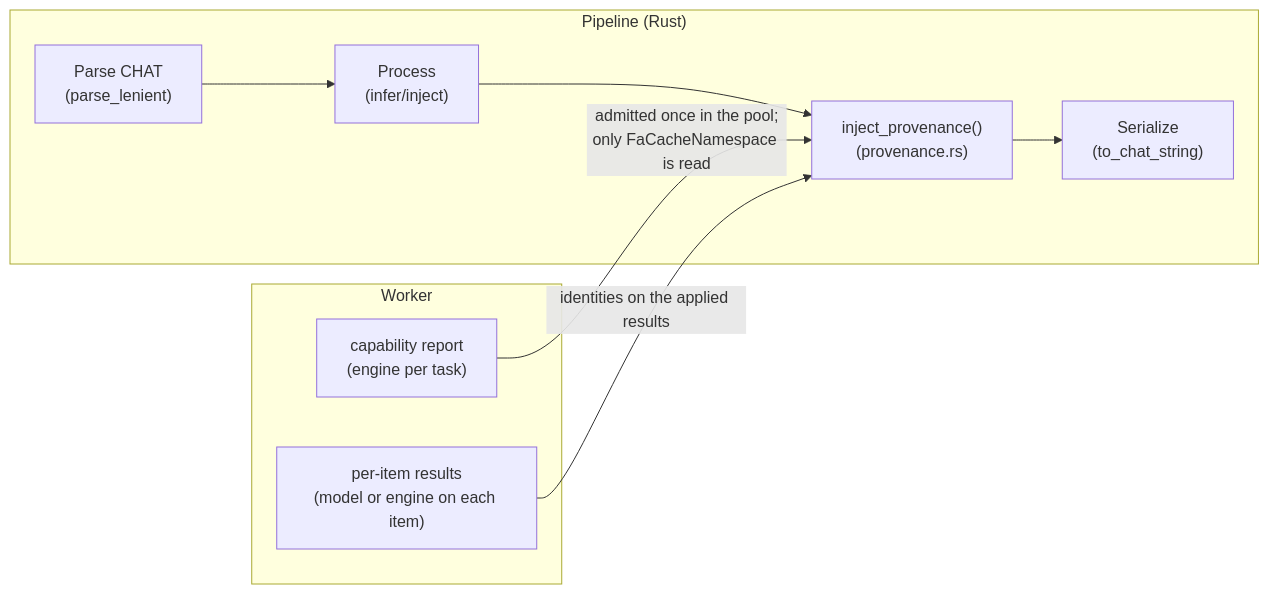
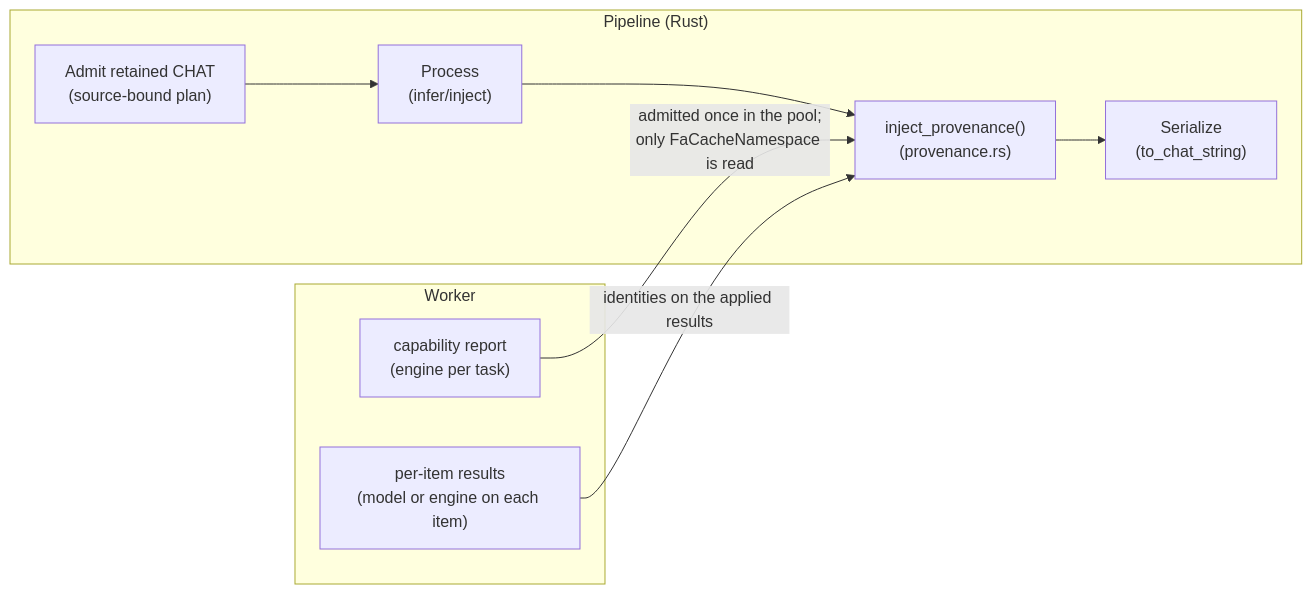
One commit to FranklinChen/talkbank-tools changed the diagram in book/src/batchalign/architecture/provenance.md. Above: the diagram before and after it, drawn with Mermaid. The commit also changed other lines of this file and 381 other files, not shown here.

````diff
--- a/book/src/batchalign/architecture/provenance.md
+++ b/book/src/batchalign/architecture/provenance.md
@@ -14,14 +14,14 @@
 ```mermaid
 flowchart LR
     subgraph "Pipeline (Rust)"
-        A["Parse CHAT\n(parse_lenient)"] --> B["Process\n(infer/inject)"]
+        A["Admit retained CHAT\n(source-bound plan)"] --> B["Process\n(infer/inject)"]
         B --> C["inject_provenance()\n(provenance.rs)"]
         C --> D["Serialize\n(to_chat_string)"]
     end
     subgraph "Worker"
         W["capability report\n(engine per task)"]
         R["per-item results\n(model or engine on each item)"]
     end
     W -->|"admitted once in the pool;\nonly FaCacheNamespace is read"| C
     R -->|"identities on the applied results"| C
 ```
````
